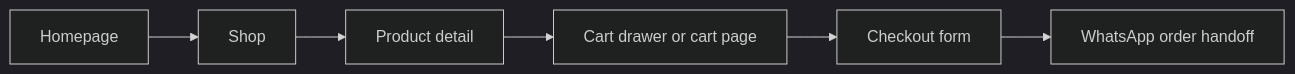
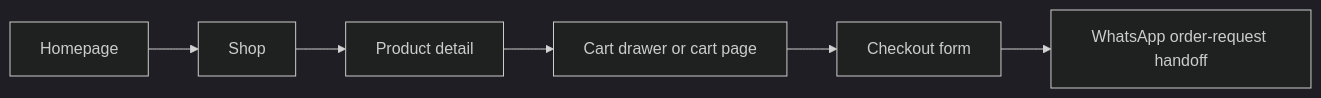
One commit to CamlineKe/Viesta changed the first of 3 diagrams in README.md. Above: the diagram before and after it, drawn with Mermaid (dark theme). The commit also changed other lines of this file and 7 other files, not shown here.

````diff
--- a/README.md
+++ b/README.md
@@ -5,8 +5,8 @@
 ```mermaid
 flowchart LR
   Home[Homepage] --> Shop[Shop]
   Shop --> Product[Product detail]
   Product --> Cart[Cart drawer or cart page]
   Cart --> Checkout[Checkout form]
-  Checkout --> WhatsApp[WhatsApp order handoff]
+  Checkout --> WhatsApp[WhatsApp order-request handoff]
 ```
````
